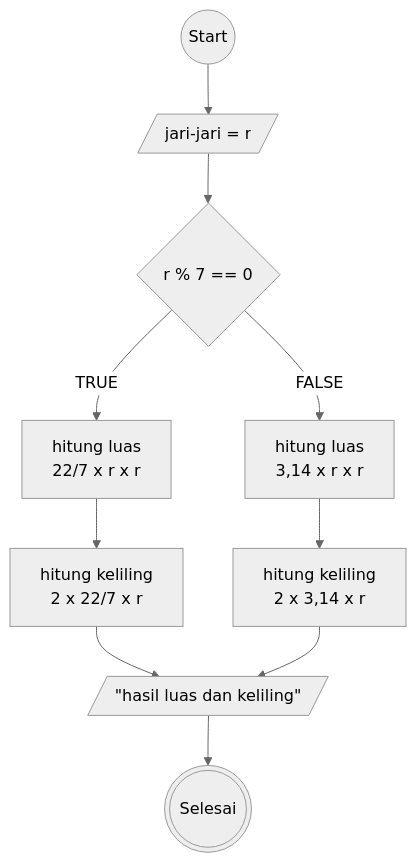
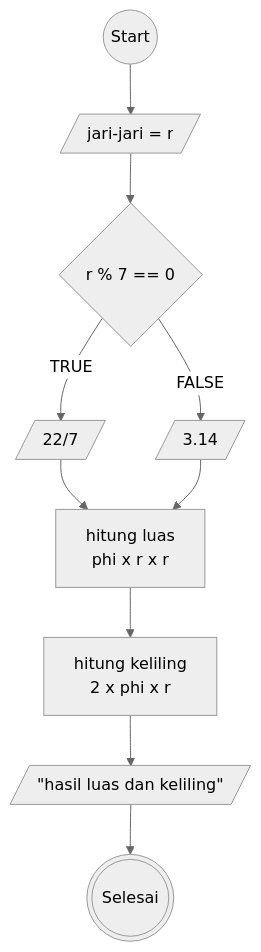
Before and after one commit to Dwaysetya/fgo24-Algoritma: the diagram in MenghitungLuasLingkaran.md, drawn with Mermaid (neutral theme). The commit also changed other lines of this file, not shown here.

````diff
--- a/MenghitungLuasLingkaran.md
+++ b/MenghitungLuasLingkaran.md
@@ -41,34 +41,27 @@
 ```mermaid
 flowchart TB
 
  a@{ shape: circle, label: "Start" }
  b@{ shape: lean-r, label: "jari-jari = r" }
  c@{ shape: diamond, label: "r % 7 == 0" }
- d@{ shape: rect, label: " hitung luas
- 22/7 x r x r" }
- e@{ shape: rect, label: "hitung luas
- 3,14 x r x r" }
- f@{ shape: rect, label: "hitung keliling
- 2 x 22/7 x r" }
+ d@{ shape: lean-r, label: "22/7" }
+ e@{ shape: lean-r, label: "3.14" }
+ f@{ shape: rect, label: " hitung luas
+ phi x r x r" }
  g@{ shape: rect, label: "hitung keliling
- 2 x 3,14 x r" }
+ 2 x phi x r" }
  h@{ shape: lean-r, label: '"hasil luas dan keliling"' }
  i@{ shape: dbl-circ, label: "Selesai" }
 
 
  a --> b
  b --> c
  c --TRUE--> d
  c --FALSE--> e
  d --> f
- e --> g
- f --> h
+ e --> f
+ f --> g
  g --> h
  h --> i
 
-
-
-
-
-
 ```
````
